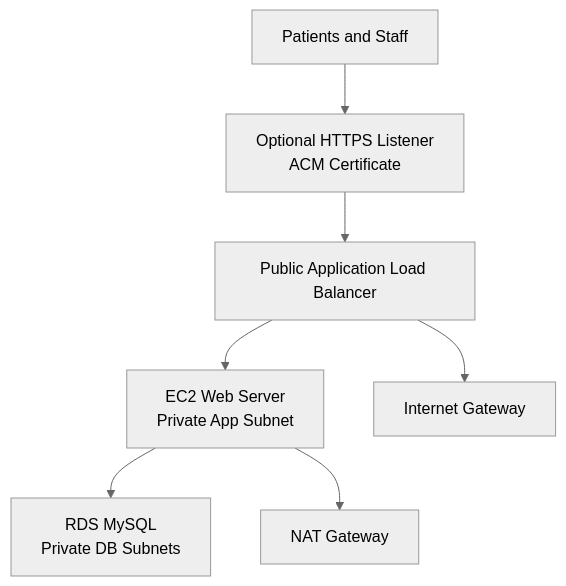
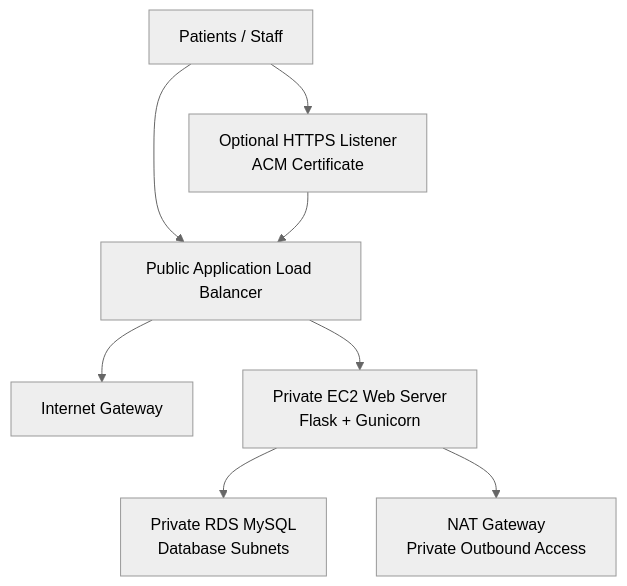
Before and after one commit to ucfavour23/medcare-appointment-booking-platform-on-aws: the diagram in README.md, drawn with Mermaid (neutral theme). The commit also changed other lines of this file and 4 other files, not shown here.

````diff
--- a/README.md
+++ b/README.md
@@ -57,17 +56,18 @@
 ```mermaid
 flowchart TD
-    users["Patients and Staff"]
+    users["Patients / Staff"]
+    internet["Internet Gateway"]
     alb["Public Application Load Balancer"]
     https["Optional HTTPS Listener<br/>ACM Certificate"]
-    ec2["EC2 Web Server<br/>Private App Subnet"]
-    rds["RDS MySQL<br/>Private DB Subnets"]
-    nat["NAT Gateway"]
-    internet["Internet Gateway"]
+    ec2["Private EC2 Web Server<br/>Flask + Gunicorn"]
+    rds["Private RDS MySQL<br/>Database Subnets"]
+    nat["NAT Gateway<br/>Private Outbound Access"]
 
     users --> https
+    users --> alb
     https --> alb
     alb --> ec2
     ec2 --> rds
     ec2 --> nat
     alb --> internet
 ```
````
